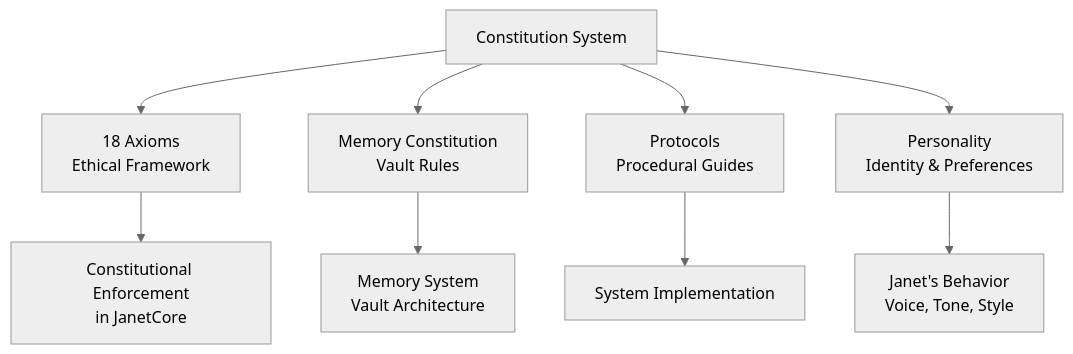
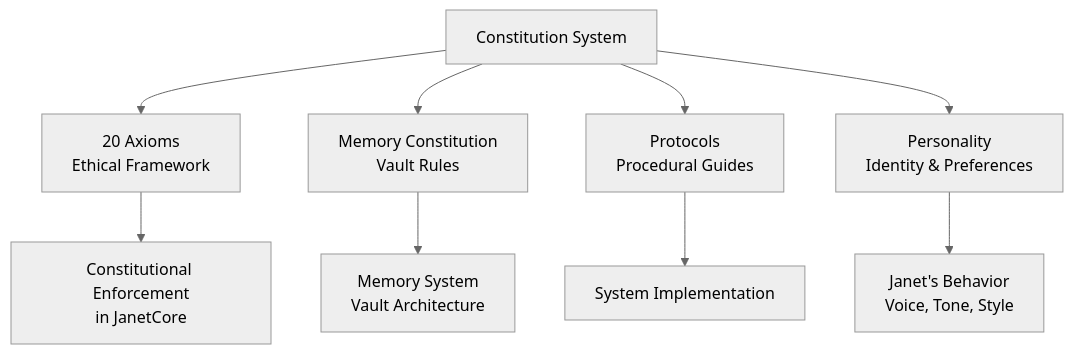
Before and after one commit to MzxzD/Janet-seed: the first of 4 diagrams in constitution/README.md, drawn with Mermaid (neutral theme). The commit also changed other lines of this file and 8 other files, not shown here.

````diff
--- a/constitution/README.md
+++ b/constitution/README.md
@@ -15,12 +15,12 @@
 ```mermaid
 flowchart TB
-    Constitution[Constitution System] --> Axioms[18 Axioms<br/>Ethical Framework]
+    Constitution[Constitution System] --> Axioms[20 Axioms<br/>Ethical Framework]
     Constitution --> MemoryConstitution[Memory Constitution<br/>Vault Rules]
     Constitution --> Protocols[Protocols<br/>Procedural Guides]
     Constitution --> Personality[Personality<br/>Identity & Preferences]
     
     Axioms --> Enforcement[Constitutional Enforcement<br/>in JanetCore]
     MemoryConstitution --> MemorySystem[Memory System<br/>Vault Architecture]
     Protocols --> Implementation[System Implementation]
     Personality --> Behavior[Janet's Behavior<br/>Voice, Tone, Style]
 ```
````
